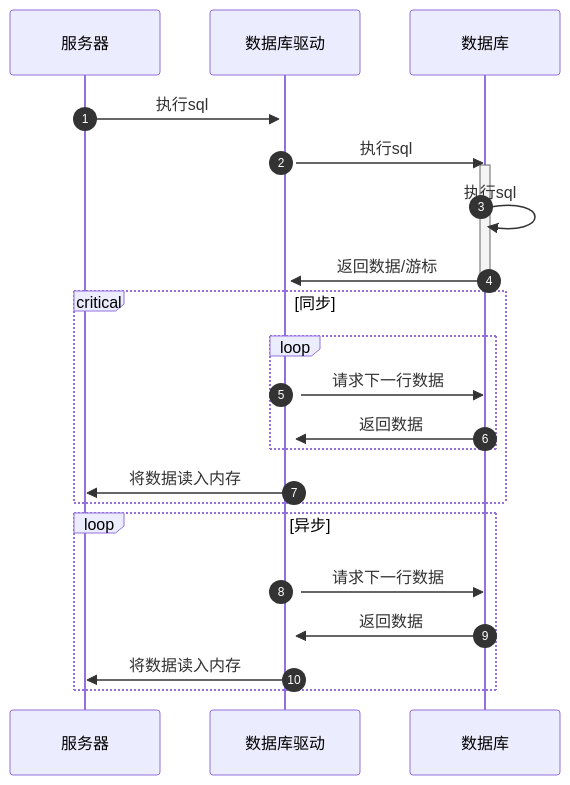
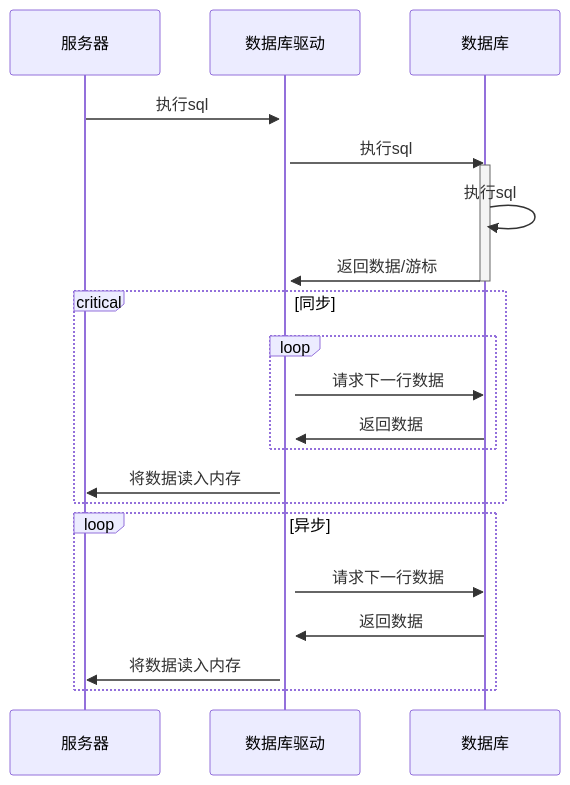
One commit to HY-10-8/iodraw-files changed the diagram in all/AI-服务查询数据.md. Above: the diagram before and after it, drawn with Mermaid.

Commit message:
2025-11-27 17:48:48 update

````diff
--- a/all/AI-服务查询数据.md
+++ b/all/AI-服务查询数据.md
@@ -1,26 +1,26 @@
 ```mermaid
 sequenceDiagram
-    autonumber
+    
     服务器->>+数据库驱动: 执行sql
     数据库驱动->>数据库:执行sql
 
     activate 数据库
     数据库->>数据库: 执行sql
     数据库->>+数据库驱动: 返回数据/游标
     deactivate 数据库
 
     critical 同步
         loop 
             数据库驱动->>数据库: 请求下一行数据
             数据库->>数据库驱动: 返回数据
         end
         数据库驱动->>服务器: 将数据读入内存
     end
 
     loop 异步
         数据库驱动->>数据库: 请求下一行数据
         数据库->>数据库驱动: 返回数据
         数据库驱动->>服务器: 将数据读入内存
     end
 
 ```
````
